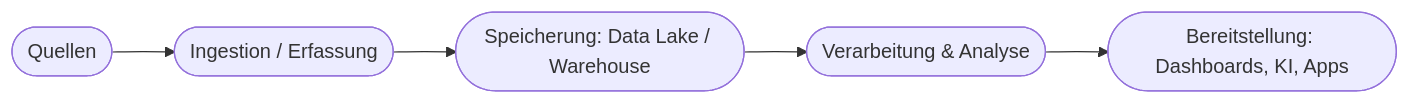
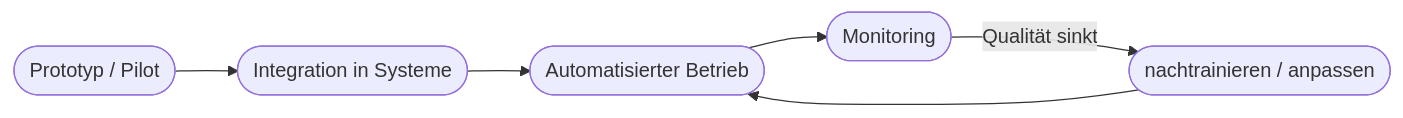
Before and after one commit to Qualidy/Prompt-Engineering-KI-in-der-Arbeitswelt: the second of 2 diagrams in docs/content/kapitel11.md, drawn with Mermaid. The commit also changed other lines of this file and 80 other files, not shown here.

````diff
--- a/docs/content/kapitel11.md
+++ b/docs/content/kapitel11.md
@@ -32,7 +60,8 @@
 ```mermaid
 flowchart LR
-    A([Quellen]) --> B([Ingestion / Erfassung])
-    B --> C([Speicherung: Data Lake / Warehouse])
-    C --> D([Verarbeitung & Analyse])
-    D --> E([Bereitstellung: Dashboards, KI, Apps])
+    A([Prototyp / Pilot]) --> B([Integration in Systeme])
+    B --> C([Automatisierter Betrieb])
+    C --> D([Monitoring])
+    D -->|Qualität sinkt| E([nachtrainieren / anpassen])
+    E --> C
 ```
````
